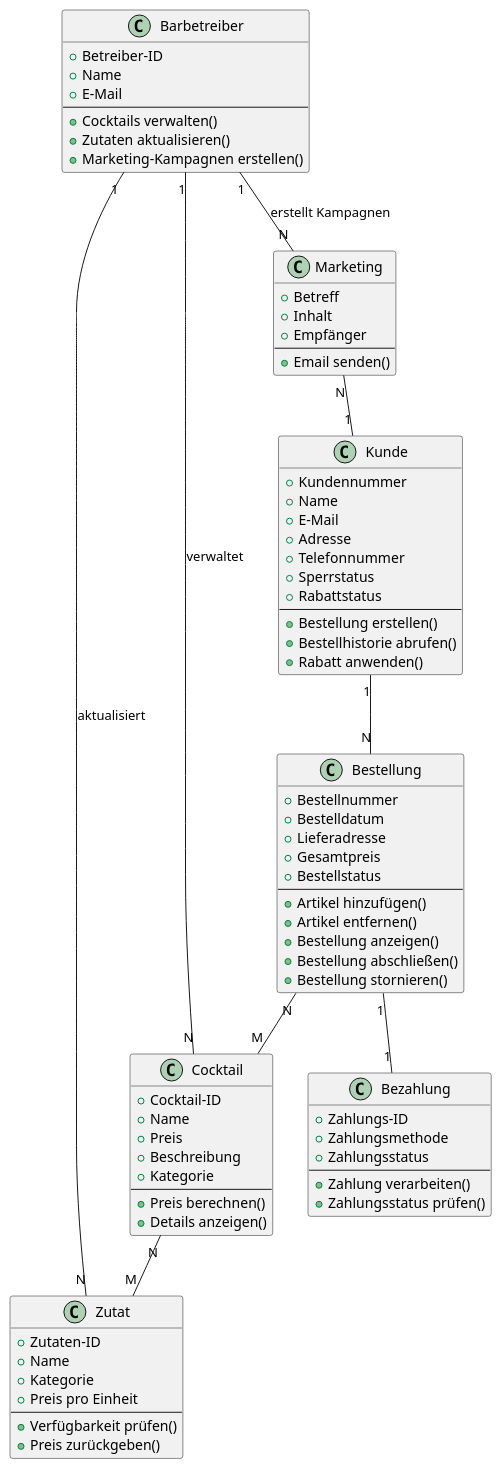
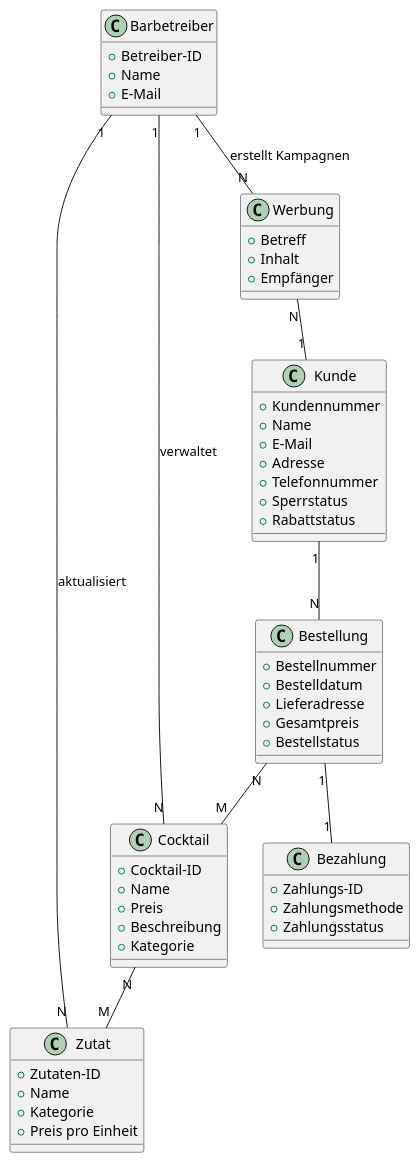
Before and after one commit to jonnydd00/SE1-Cocktailversand: the diagram in docs/requirements/plantuml/domain_model.puml, drawn with PlantUML.

```diff
--- a/docs/requirements/plantuml/domain_model.puml
+++ b/docs/requirements/plantuml/domain_model.puml
@@ -1,86 +1,70 @@
 @startuml
 class Kunde {
   + Kundennummer
   + Name
   + E-Mail
   + Adresse
   + Telefonnummer
   + Sperrstatus
   + Rabattstatus
-  --
-  + Bestellung erstellen()
-  + Bestellhistorie abrufen()
-  + Rabatt anwenden()
+
 }
 
 class Barbetreiber {
   + Betreiber-ID
   + Name
   + E-Mail
-  --
-  + Cocktails verwalten()
-  + Zutaten aktualisieren()
-  + Marketing-Kampagnen erstellen()
+  
+
 }
 
 class Cocktail {
   + Cocktail-ID
   + Name
   + Preis
   + Beschreibung
   + Kategorie
-  --
-  + Preis berechnen()
-  + Details anzeigen()
-}
+  }
+  
 
 class Zutat {
   + Zutaten-ID
   + Name
   + Kategorie
   + Preis pro Einheit
-  --
-  + Verfügbarkeit prüfen()
-  + Preis zurückgeben()
+  
+ 
 }
 
 class Bestellung {
   + Bestellnummer
   + Bestelldatum
   + Lieferadresse
   + Gesamtpreis
   + Bestellstatus
-  --
-  + Artikel hinzufügen()
-  + Artikel entfernen()
-  + Bestellung anzeigen()
-  + Bestellung abschließen()
-  + Bestellung stornieren()
+ 
 }
 
 class Bezahlung {
   + Zahlungs-ID
   + Zahlungsmethode
   + Zahlungsstatus
-  --
-  + Zahlung verarbeiten()
-  + Zahlungsstatus prüfen()
-}
+  }
+  
 
-class Marketing {
+class Werbung {
   + Betreff
   + Inhalt
   + Empfänger
-  --
-  + Email senden()
+  
 }
 
 Kunde "1" -- "N" Bestellung
 Bestellung "N" -- "M" Cocktail
 Cocktail "N" -- "M" Zutat
 Bestellung "1" -- "1" Bezahlung
-Marketing "N" -- "1" Kunde
+Werbung "N" -- "1" Kunde
 Barbetreiber "1" -- "N" Cocktail : "verwaltet"
 Barbetreiber "1" -- "N" Zutat : "aktualisiert"
-Barbetreiber "1" -- "N" Marketing : "erstellt Kampagnen"
+Barbetreiber "1" -- "N" Werbung : "erstellt Kampagnen"
 @enduml
```
